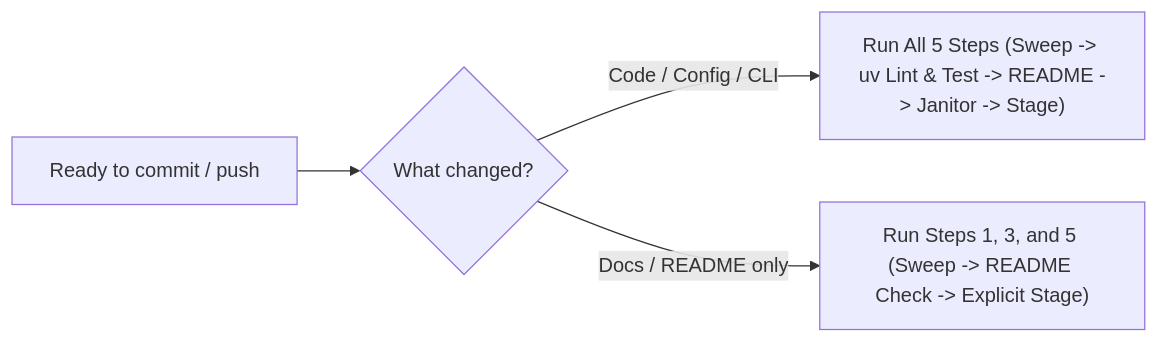
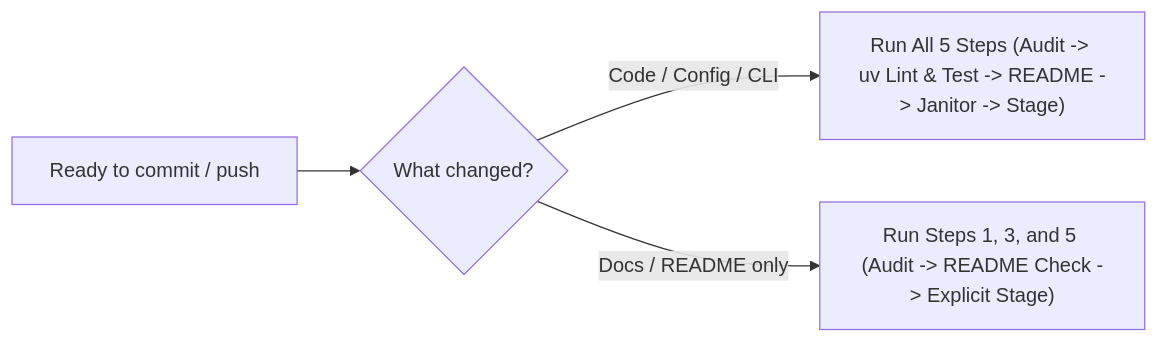
The diagram in skills/clean-ship/SKILL.md (Waxguillermo/agy-clean-craft), drawn with Mermaid before and after one commit. The commit also changed other lines of this file and 9 other files, not shown here.

Commit message:
feat(audit): add black-box AST/README auditor, PreToolUse hooks, and native code-janitor agent

````diff
--- a/skills/clean-ship/SKILL.md
+++ b/skills/clean-ship/SKILL.md
@@ -19,6 +19,6 @@
 ```mermaid
 flowchart LR
     Start["Ready to commit / push"] --> Kind{"What changed?"}
-    Kind -->|"Code / Config / CLI"| Full["Run All 5 Steps (Sweep -> uv Lint & Test -> README -> Janitor -> Stage)"]
-    Kind -->|"Docs / README only"| Docs["Run Steps 1, 3, and 5 (Sweep -> README Check -> Explicit Stage)"]
+    Kind -->|"Code / Config / CLI"| Full["Run All 5 Steps (Audit -> uv Lint & Test -> README -> Janitor -> Stage)"]
+    Kind -->|"Docs / README only"| Docs["Run Steps 1, 3, and 5 (Audit -> README Check -> Explicit Stage)"]
 ```
````
